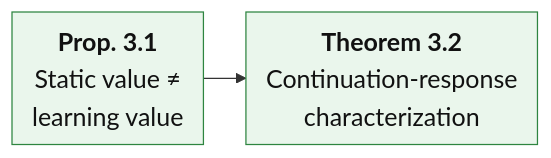
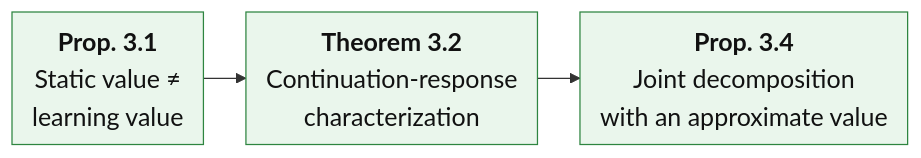
One commit to XueqiC/ICML27_agent_distillation changed the third of 9 diagrams in theoretical_framework/README.md. Above: the diagram before and after it, drawn with Mermaid. The commit also changed other lines of this file and 222 other files, not shown here.

````diff
--- a/theoretical_framework/README.md
+++ b/theoretical_framework/README.md
@@ -309,8 +328,10 @@
 ```mermaid
 %%{init: {"themeVariables": {"fontSize": "20px"}, "flowchart": {"nodeSpacing": 24, "rankSpacing": 34, "padding": 8, "wrappingWidth": 260}}}%%
 flowchart LR
   P1["<b>Prop. 3.1</b><br/>Static value ≠<br/>learning value"]:::b2
   T2["<b>Theorem 3.2</b><br/>Continuation-response<br/>characterization"]:::b2
+  P4["<b>Prop. 3.4</b><br/>Joint decomposition<br/>with an approximate value"]:::b2
   P1 --> T2
+  T2 --> P4
   classDef b2 fill:#eaf6ec,stroke:#2e8540,color:#111
 ```
````
